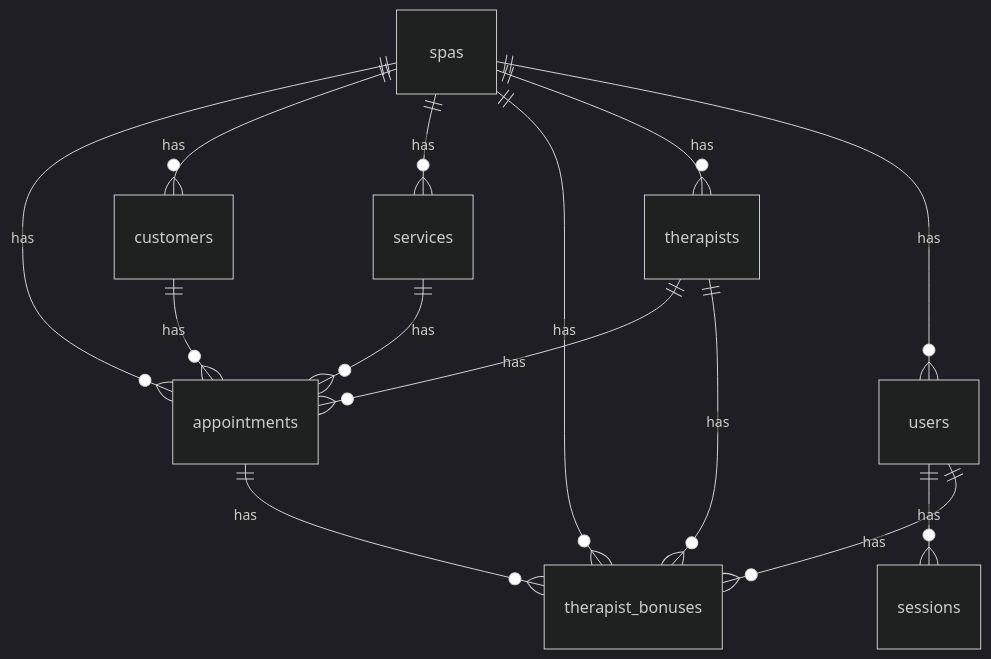
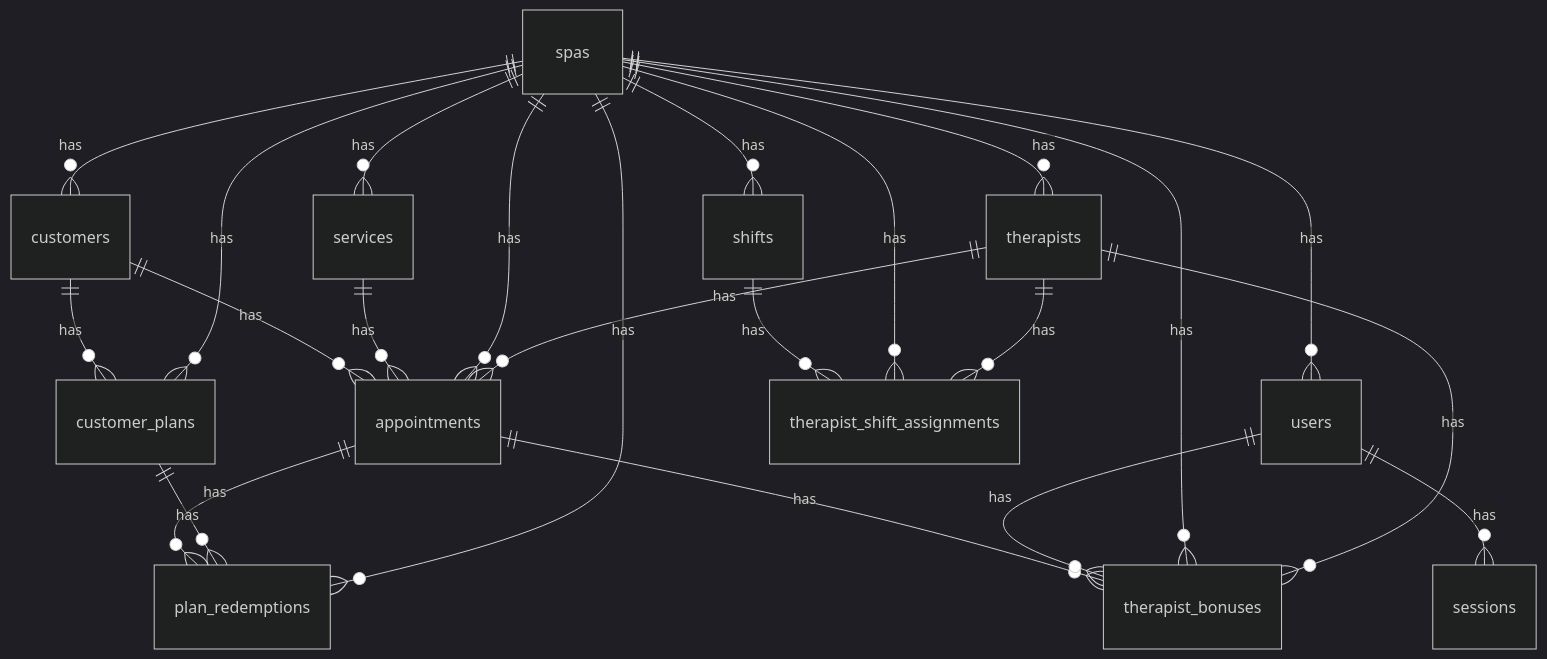
Before and after one commit to ashfaq11/management-backend: the diagram in docs/schema.md, drawn with Mermaid (dark theme). The commit also changed other lines of this file and 1 other file, not shown here.

First line of the commit message:
Smaller report headline as tiles, checkbox sizing; fix shift report % and upsert, expired plans

````diff
--- a/docs/schema.md
+++ b/docs/schema.md
@@ -8,16 +8,25 @@
 ```mermaid
 erDiagram
   customers ||--o{ appointments : has
   services ||--o{ appointments : has
   spas ||--o{ appointments : has
   therapists ||--o{ appointments : has
+  customers ||--o{ customer_plans : has
+  spas ||--o{ customer_plans : has
   spas ||--o{ customers : has
+  appointments ||--o{ plan_redemptions : has
+  customer_plans ||--o{ plan_redemptions : has
+  spas ||--o{ plan_redemptions : has
   spas ||--o{ services : has
   users ||--o{ sessions : has
+  spas ||--o{ shifts : has
   appointments ||--o{ therapist_bonuses : has
   users ||--o{ therapist_bonuses : has
   spas ||--o{ therapist_bonuses : has
   therapists ||--o{ therapist_bonuses : has
+  shifts ||--o{ therapist_shift_assignments : has
+  spas ||--o{ therapist_shift_assignments : has
+  therapists ||--o{ therapist_shift_assignments : has
   spas ||--o{ therapists : has
   spas ||--o{ users : has
 ```
````
